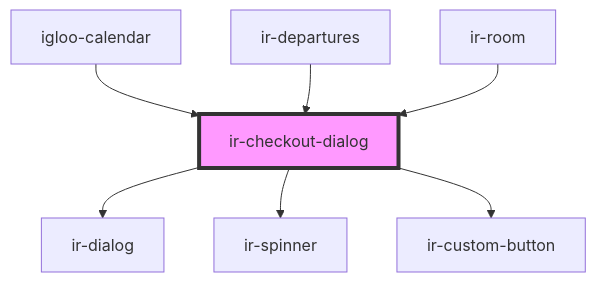
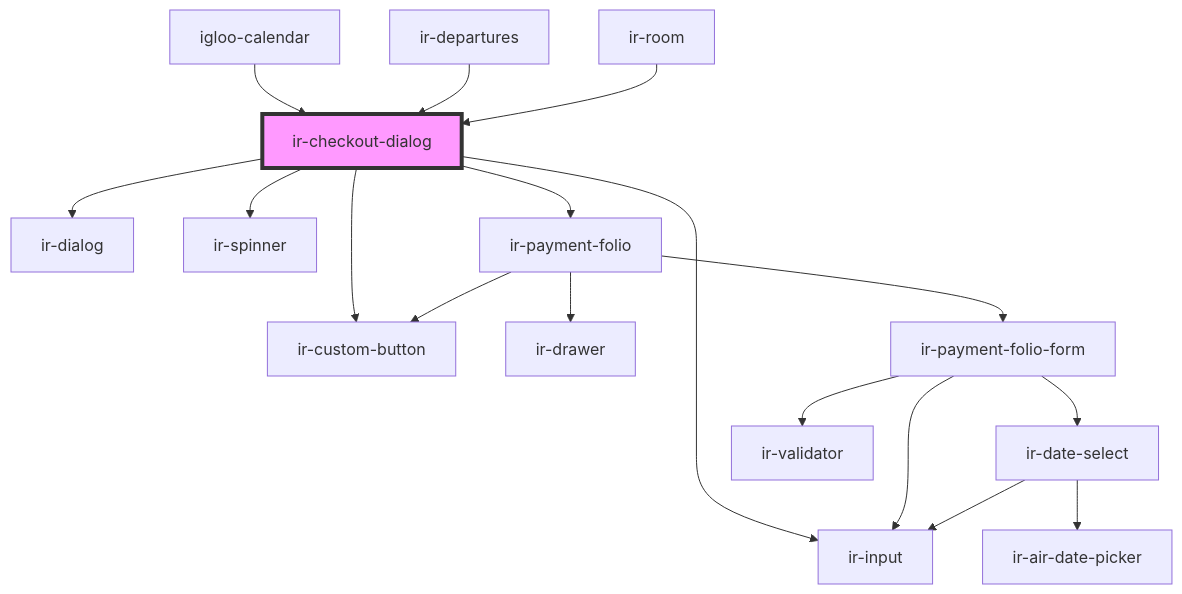
Before and after one commit to RonyRizk/ir-webcmp: the diagram in src/components/ir-checkout-dialog/readme.md, drawn with Mermaid. The commit also changed other lines of this file and 586 other files, not shown here.

````diff
--- a/src/components/ir-checkout-dialog/readme.md
+++ b/src/components/ir-checkout-dialog/readme.md
@@ -39,10 +41,20 @@
 ```mermaid
 graph TD;
+  ir-checkout-dialog --> ir-input
   ir-checkout-dialog --> ir-dialog
   ir-checkout-dialog --> ir-spinner
   ir-checkout-dialog --> ir-custom-button
+  ir-checkout-dialog --> ir-payment-folio
+  ir-payment-folio --> ir-drawer
+  ir-payment-folio --> ir-payment-folio-form
+  ir-payment-folio --> ir-custom-button
+  ir-payment-folio-form --> ir-date-select
+  ir-payment-folio-form --> ir-validator
+  ir-payment-folio-form --> ir-input
+  ir-date-select --> ir-input
+  ir-date-select --> ir-air-date-picker
   igloo-calendar --> ir-checkout-dialog
   ir-departures --> ir-checkout-dialog
   ir-room --> ir-checkout-dialog
   style ir-checkout-dialog fill:#f9f,stroke:#333,stroke-width:4px
 ```
````
